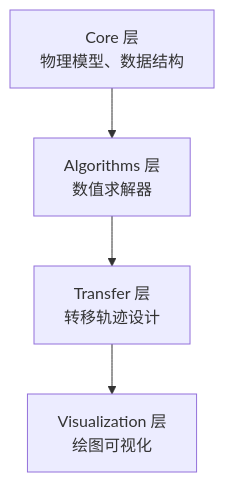
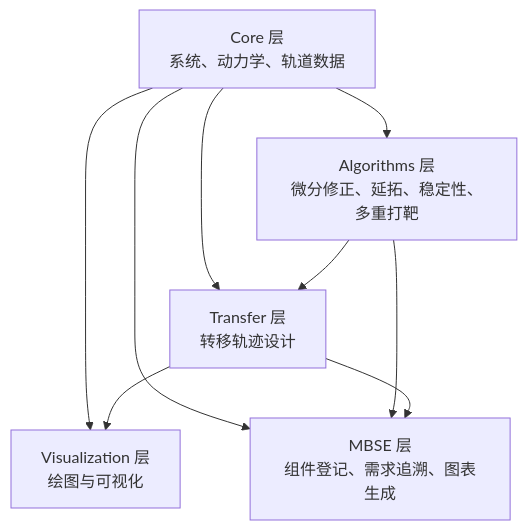
One commit to cislunarspace/e2m2e changed the diagram in docs/reference/mbse/system-overview.md. Above: the diagram before and after it, drawn with Mermaid. The commit also changed other lines of this file and 7 other files, not shown here.

````diff
--- a/docs/reference/mbse/system-overview.md
+++ b/docs/reference/mbse/system-overview.md
@@ -13,10 +13,16 @@
 ```mermaid
 graph TD
-    Core["Core 层<br/>物理模型、数据结构"]
-    Algorithms["Algorithms 层<br/>数值求解器"]
+    Core["Core 层<br/>系统、动力学、轨道数据"]
+    Algorithms["Algorithms 层<br/>微分修正、延拓、稳定性、多重打靶"]
     Transfer["Transfer 层<br/>转移轨迹设计"]
-    Visualization["Visualization 层<br/>绘图可视化"]
+    Visualization["Visualization 层<br/>绘图与可视化"]
+    MBSE["MBSE 层<br/>组件登记、需求追溯、图表生成"]
     Core --> Algorithms
+    Core --> Transfer
     Algorithms --> Transfer
+    Core --> Visualization
     Transfer --> Visualization
+    Core --> MBSE
+    Algorithms --> MBSE
+    Transfer --> MBSE
 ```
````
